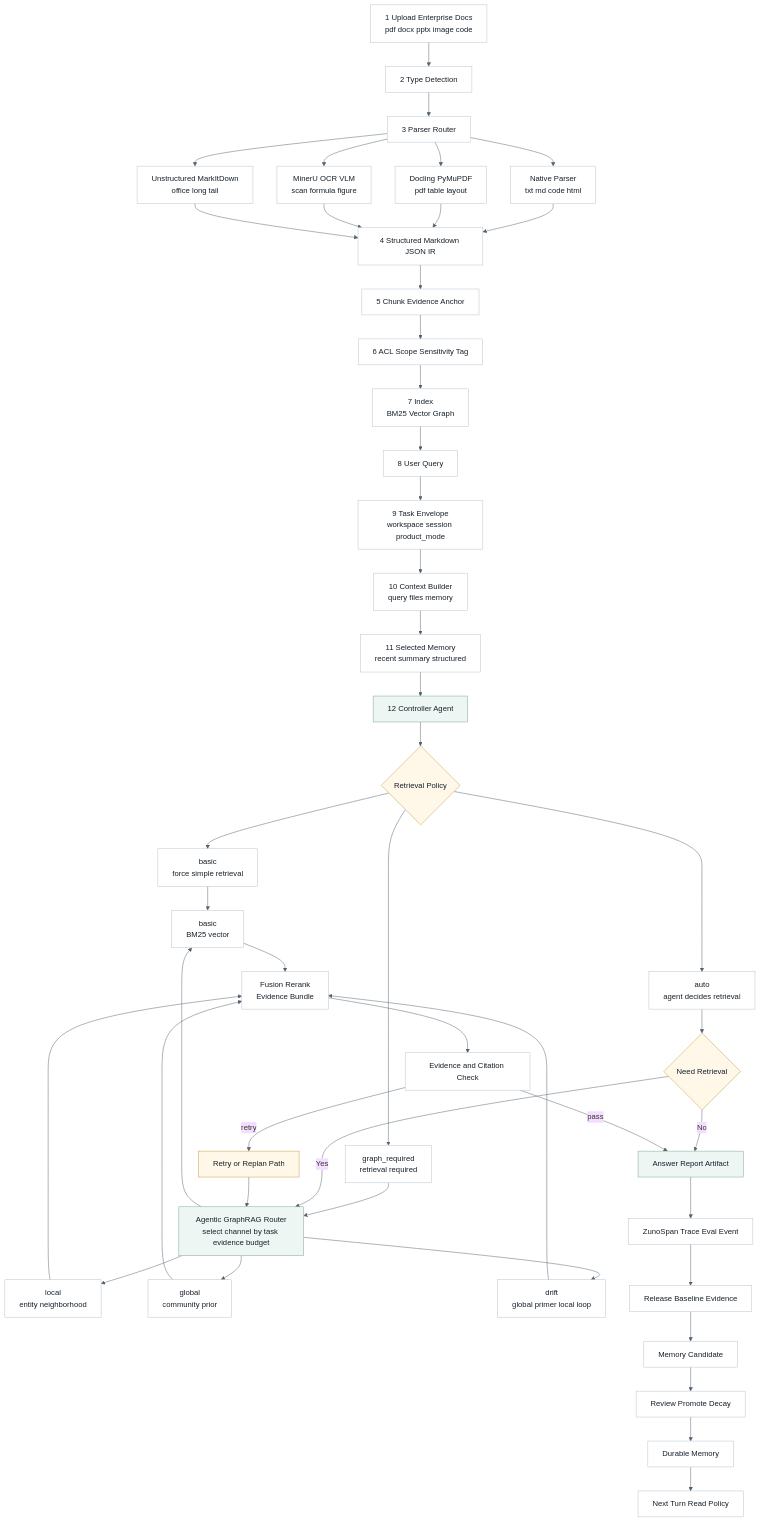
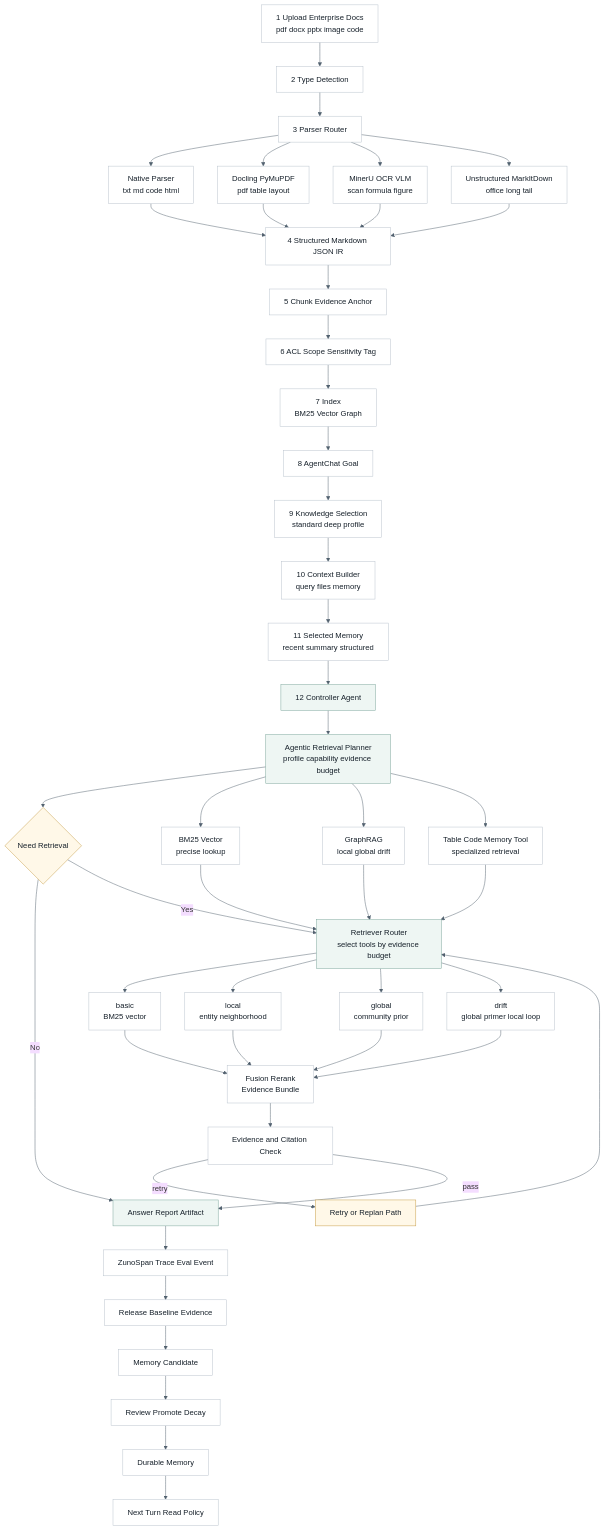
The fifth of 10 diagrams in .agent/architecture/architecture.md (ProfessorZhi/Zuno), drawn with Mermaid before and after one commit. The commit also changed other lines of this file and 12 other files, not shown here.

Commit message:
docs: define agentchat agentic graphrag workspace target

````diff
--- a/.agent/architecture/architecture.md
+++ b/.agent/architecture/architecture.md
@@ -1414,68 +1495,68 @@
 ```mermaid
 %%{init: {"theme": "base", "themeVariables": {"background": "#f7f8fb", "lineColor": "#52616f"}}}%%
 flowchart TB
   classDef node fill:#ffffff,stroke:#b8c2cc,stroke-width:1px,color:#16202a;
   classDef decision fill:#fff8e8,stroke:#c59b43,stroke-width:1px,color:#16202a;
   classDef accent fill:#eef6f3,stroke:#7aa59a,stroke-width:1px,color:#16202a;
 
   UPLOAD["1 Upload Enterprise Docs<br/>pdf docx pptx image code"]
   TYPE["2 Type Detection"]
   ROUTEPARSE["3 Parser Router"]
   NATIVE["Native Parser<br/>txt md code html"]
   DOCLING["Docling PyMuPDF<br/>pdf table layout"]
   MINERU["MinerU OCR VLM<br/>scan formula figure"]
   UNSTRUCT["Unstructured MarkItDown<br/>office long tail"]
   NORMALIZE["4 Structured Markdown JSON IR"]
   CHUNK["5 Chunk Evidence Anchor"]
   ACL["6 ACL Scope Sensitivity Tag"]
   INDEX["7 Index<br/>BM25 Vector Graph"]
-  QUERY["8 User Query"]
-  PRODUCT["9 Task Envelope<br/>workspace session product_mode"]
+  QUERY["8 AgentChat Goal"]
+  PRODUCT["9 Knowledge Selection<br/>standard deep profile"]
   CONTEXT["10 Context Builder<br/>query files memory"]
   MEMORY["11 Selected Memory<br/>recent summary structured"]
   AGENT["12 Controller Agent"]:::accent
-  MODE{"Retrieval Policy"}:::decision
-  NORMAL["basic<br/>force simple retrieval"]
-  ENHANCED["graph_required<br/>retrieval required"]
-  AUTO["auto<br/>agent decides retrieval"]
+  MODE["Agentic Retrieval Planner<br/>profile capability evidence budget"]:::accent
+  NORMAL["BM25 Vector<br/>precise lookup"]
+  ENHANCED["GraphRAG<br/>local global drift"]
+  AUTO["Table Code Memory Tool<br/>specialized retrieval"]
   NEED{"Need Retrieval"}:::decision
-  ROUTER["Agentic GraphRAG Router<br/>select channel by task evidence budget"]:::accent
+  ROUTER["Retriever Router<br/>select tools by evidence budget"]:::accent
   BASIC["basic<br/>BM25 vector"]
   LOCAL["local<br/>entity neighborhood"]
   GLOBAL["global<br/>community prior"]
   DRIFT["drift<br/>global primer local loop"]
   FUSION["Fusion Rerank<br/>Evidence Bundle"]
   EVID["Evidence and Citation Check"]
   RETRY["Retry or Replan Path"]:::decision
   ANSWER["Answer Report Artifact"]:::accent
   TRACE["ZunoSpan Trace Eval Event"]
   BASELINE["Release Baseline Evidence"]
   MEMCAND["Memory Candidate"]
   REVIEW["Review Promote Decay"]
   MEMSTORE["Durable Memory"]
   NEXTREAD["Next Turn Read Policy"]
 
   UPLOAD --> TYPE --> ROUTEPARSE
   ROUTEPARSE --> NATIVE --> NORMALIZE
   ROUTEPARSE --> DOCLING --> NORMALIZE
   ROUTEPARSE --> MINERU --> NORMALIZE
   ROUTEPARSE --> UNSTRUCT --> NORMALIZE
   NORMALIZE --> CHUNK --> ACL --> INDEX
-  INDEX --> QUERY --> PRODUCT --> CONTEXT --> MEMORY --> AGENT --> MODE
-  MODE --> NORMAL --> BASIC
+  INDEX --> QUERY --> PRODUCT --> CONTEXT --> MEMORY --> AGENT --> MODE --> NEED
+  MODE --> NORMAL --> ROUTER
   MODE --> ENHANCED --> ROUTER
-  MODE --> AUTO --> NEED
+  MODE --> AUTO --> ROUTER
   NEED -->|No| ANSWER
   NEED -->|Yes| ROUTER
   ROUTER --> BASIC --> FUSION
   ROUTER --> LOCAL --> FUSION
   ROUTER --> GLOBAL --> FUSION
   ROUTER --> DRIFT --> FUSION
   FUSION --> EVID
   EVID -->|retry| RETRY
   RETRY --> ROUTER
   EVID -->|pass| ANSWER
   ANSWER --> TRACE --> BASELINE --> MEMCAND --> REVIEW --> MEMSTORE
   MEMSTORE --> NEXTREAD
   class UPLOAD,TYPE,ROUTEPARSE,NATIVE,DOCLING,MINERU,UNSTRUCT,NORMALIZE,CHUNK,ACL,INDEX,QUERY,PRODUCT,CONTEXT,MEMORY,NORMAL,ENHANCED,AUTO,BASIC,LOCAL,GLOBAL,DRIFT,FUSION,EVID,TRACE,BASELINE,MEMCAND,REVIEW,MEMSTORE,NEXTREAD node;
 ```
````
